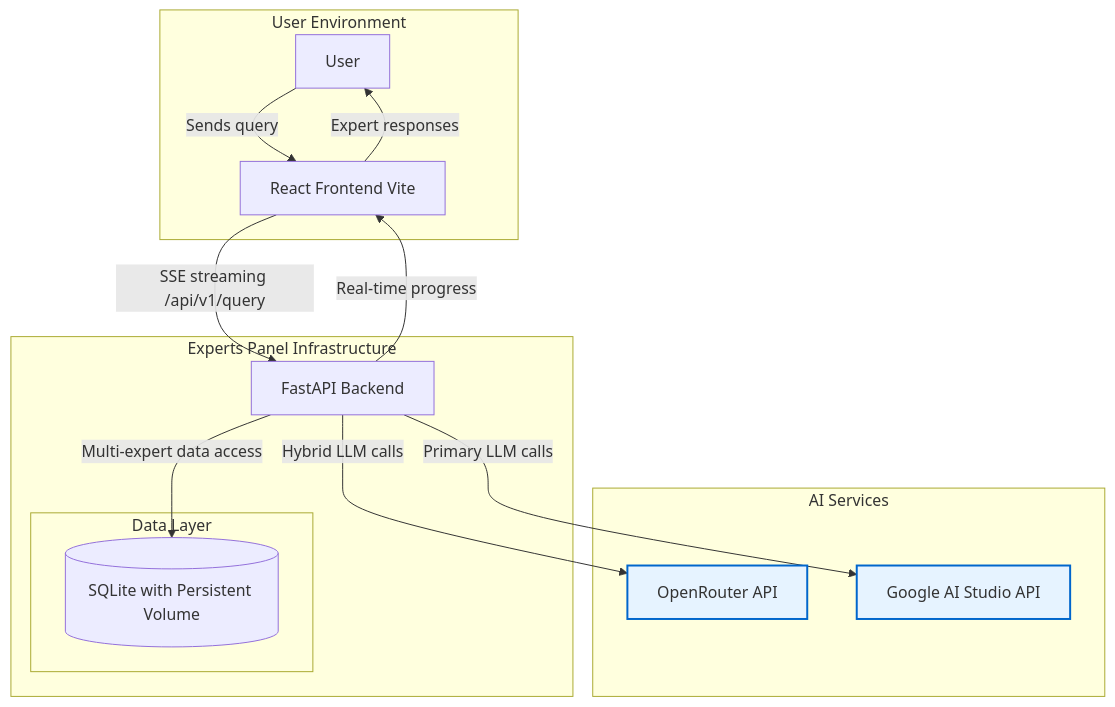
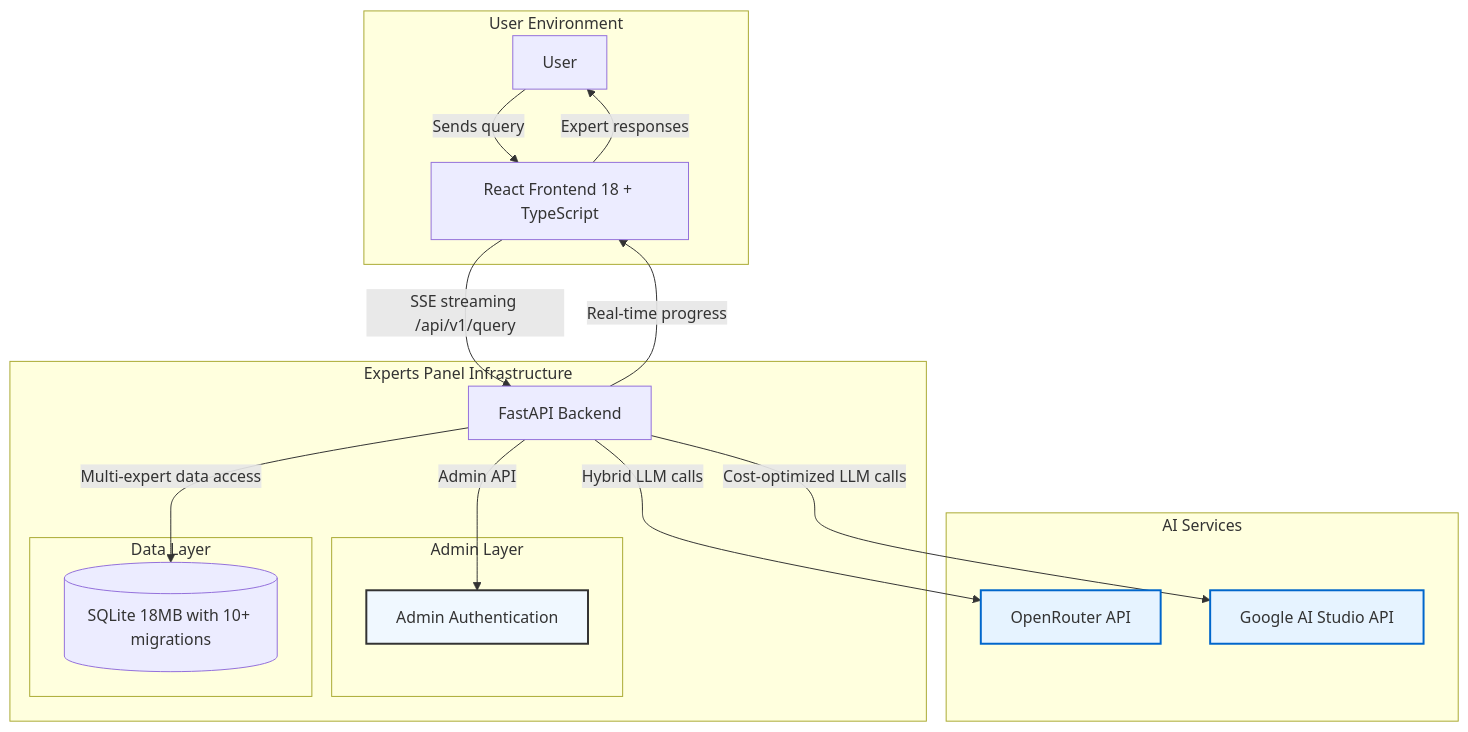
Before and after one commit to shao3d/Experts_panel: the first of 5 diagrams in README.md, drawn with Mermaid. The commit also changed other lines of this file, not shown here.

````diff
--- a/README.md
+++ b/README.md
@@ -17,30 +17,36 @@
 ```mermaid
 graph TD
     subgraph "User Environment"
         User[User]
-        Frontend[React Frontend Vite]
+        Frontend[React Frontend 18 + TypeScript]
     end
 
     subgraph "Experts Panel Infrastructure"
         Backend[FastAPI Backend]
+        subgraph "Admin Layer"
+            Admin[Admin Authentication]
+        end
         subgraph "Data Layer"
-            DB[(SQLite with Persistent Volume)]
+            DB[(SQLite 18MB with 10+ migrations)]
         end
     end
 
     subgraph "AI Services"
         OpenRouter[OpenRouter API]
         GoogleAI[Google AI Studio API]
     end
 
     User -- "Sends query" --> Frontend
     Frontend -- "SSE streaming /api/v1/query" --> Backend
+    Backend -- "Admin API" --> Admin
     Backend -- "Hybrid LLM calls" --> OpenRouter
-    Backend -- "Primary LLM calls" --> GoogleAI
+    Backend -- "Cost-optimized LLM calls" --> GoogleAI
     Backend -- "Multi-expert data access" --> DB
     Backend -- "Real-time progress" --> Frontend
     Frontend -- "Expert responses" --> User
 
     classDef ai_service fill:#e6f3ff,stroke:#0066cc,stroke-width:2px
+    classDef admin_service fill:#f0f8ff,stroke:#333,stroke-width:2px
     class OpenRouter,GoogleAI ai_service
+    class Admin admin_service
 ```
````
